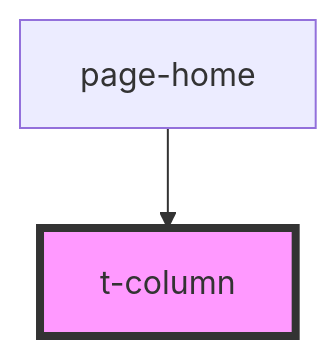
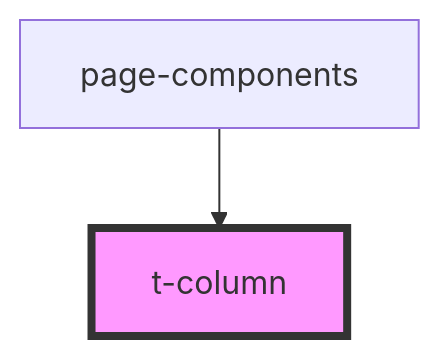
Before and after one commit to TomasEng/web-components: the diagram in packages/stencil/src/components/t-column/readme.md, drawn with Mermaid. The commit also changed other lines of this file and 37 other files, not shown here.

````diff
--- a/packages/stencil/src/components/t-column/readme.md
+++ b/packages/stencil/src/components/t-column/readme.md
@@ -15,5 +15,5 @@
 ```mermaid
 graph TD;
-  page-home --> t-column
+  page-components --> t-column
   style t-column fill:#f9f,stroke:#333,stroke-width:4px
 ```
````
